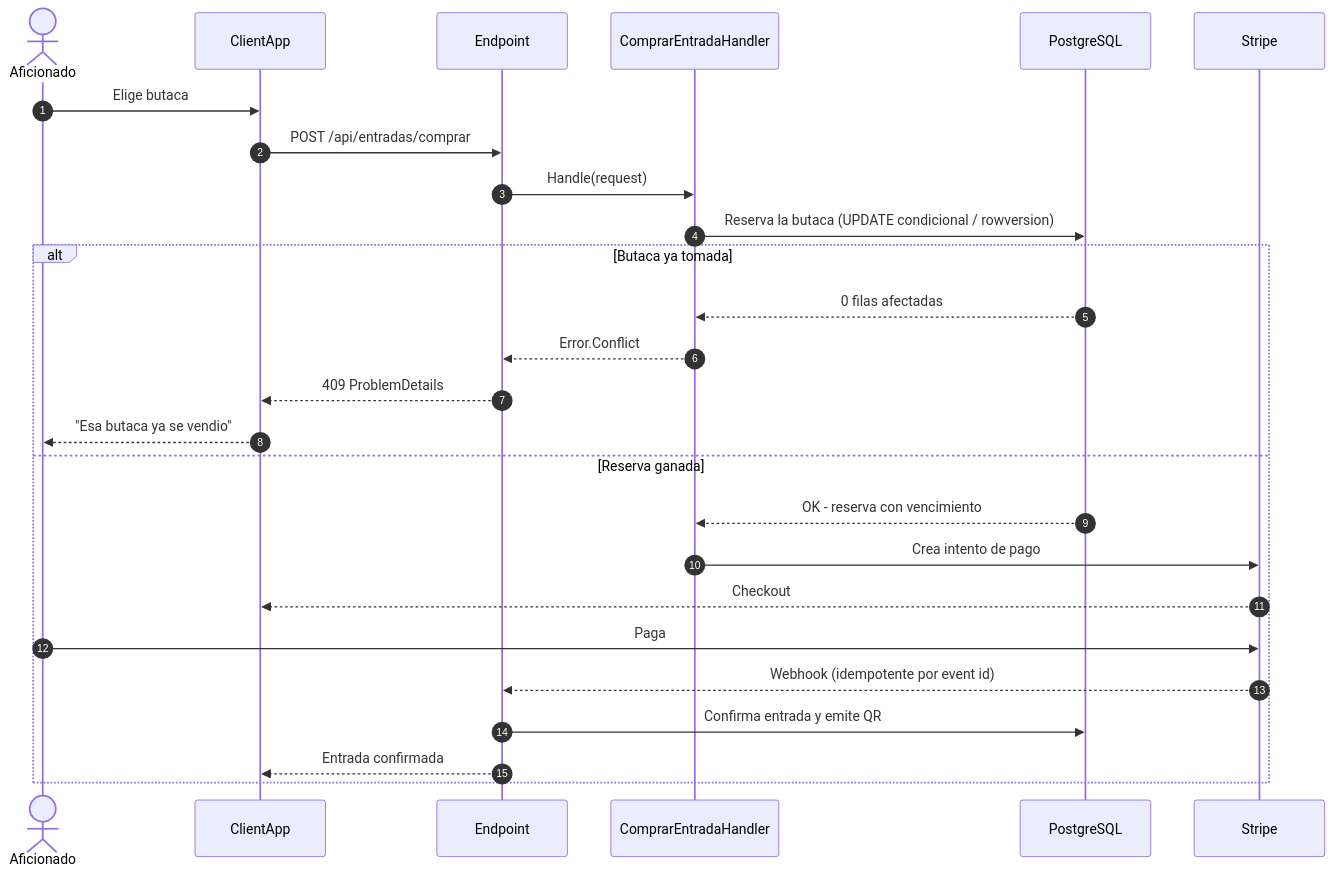
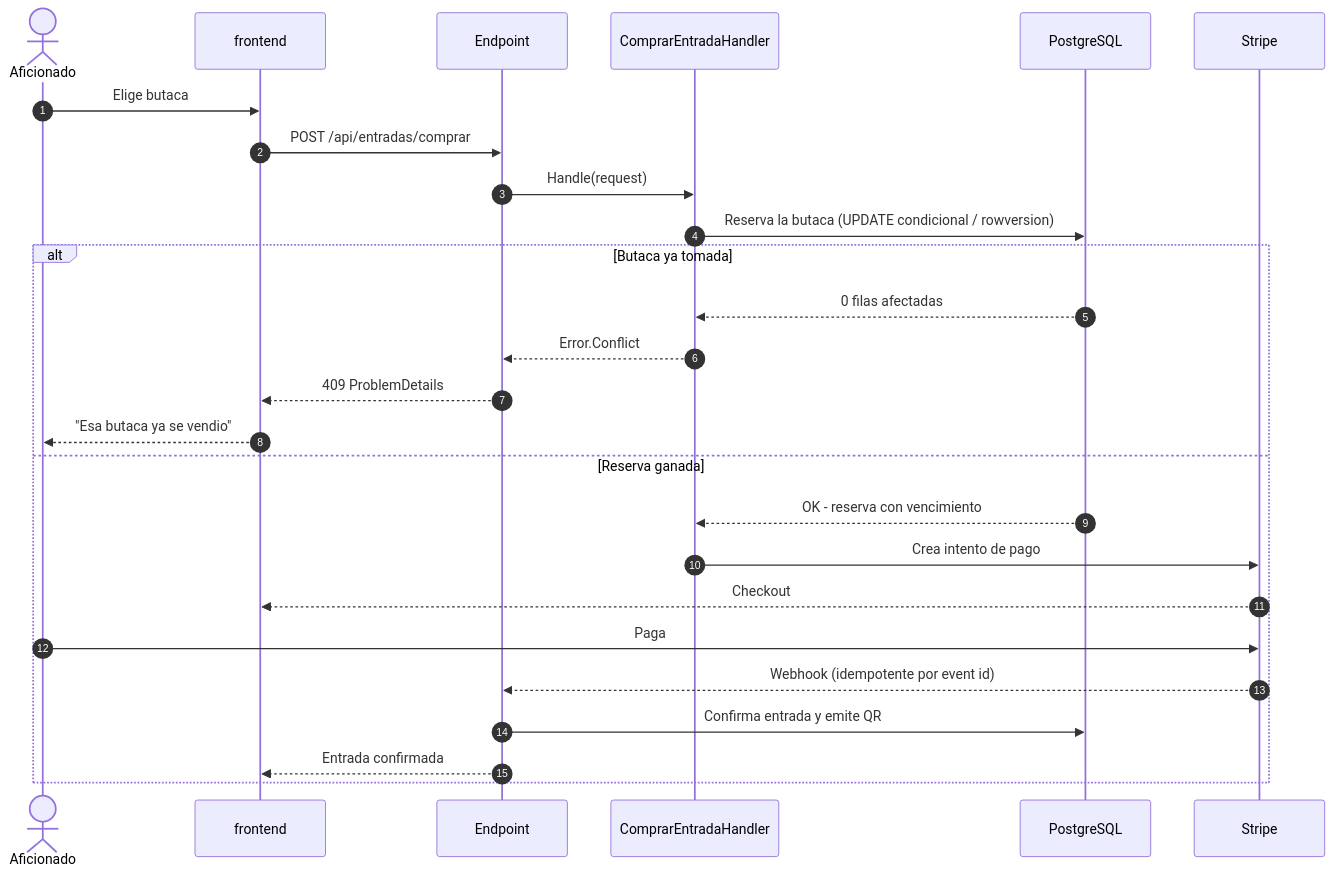
One commit to S3-Simple-Software-Solutions/CSH changed diagram 13 of 14 in docs/diagramas.md. Above: the diagram before and after it, drawn with Mermaid. The commit also changed other lines of this file and 39 other files, not shown here.

````diff
--- a/docs/diagramas.md
+++ b/docs/diagramas.md
@@ -382,29 +382,29 @@
 ```mermaid
 sequenceDiagram
     autonumber
     actor A as Aficionado
-    participant SPA as ClientApp
+    participant SPA as frontend
     participant EP as Endpoint
     participant H as ComprarEntradaHandler
     participant DB as PostgreSQL
     participant S as Stripe
 
     A->>SPA: Elige butaca
     SPA->>EP: POST /api/entradas/comprar
     EP->>H: Handle(request)
     H->>DB: Reserva la butaca (UPDATE condicional / rowversion)
     alt Butaca ya tomada
         DB-->>H: 0 filas afectadas
         H-->>EP: Error.Conflict
         EP-->>SPA: 409 ProblemDetails
         SPA-->>A: "Esa butaca ya se vendio"
     else Reserva ganada
         DB-->>H: OK - reserva con vencimiento
         H->>S: Crea intento de pago
         S-->>SPA: Checkout
         A->>S: Paga
         S-->>EP: Webhook (idempotente por event id)
         EP->>DB: Confirma entrada y emite QR
         EP-->>SPA: Entrada confirmada
     end
 ```
````
